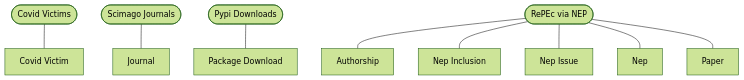
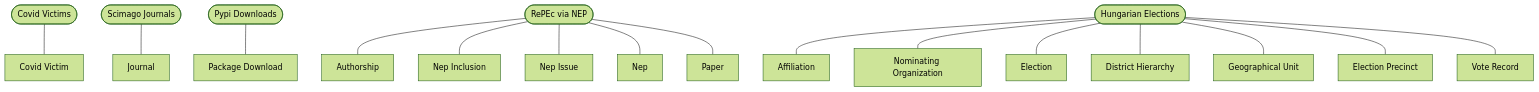
One commit to sscu-budapest/explorer changed the diagram in _sources/mermaid.md. Above: the diagram before and after it, drawn with Mermaid (forest theme). The commit also changed 44 other files, not shown here.

````diff
--- a/_sources/mermaid.md
+++ b/_sources/mermaid.md
@@ -1,29 +1,50 @@
 ```{mermaid}
 
     flowchart TD
         
         covid_victims([Covid Victims]) --- covid_victims_covid_victim[Covid Victim]
         click covid_victims_covid_victim href "https://s3.eu-de.cloud-object-storage.appdomain.cloud/sscub-public-explorer/covid_victims/covid_victim-profile.html" "Profile"
         
         scimago_journals([Scimago Journals]) --- scimago_journals_journal[Journal]
         click scimago_journals_journal href "https://s3.eu-de.cloud-object-storage.appdomain.cloud/sscub-public-explorer/scimago_journals/journal-profile.html" "Profile"
         
         pypi_downloads([Pypi Downloads]) --- pypi_downloads_package_download[Package Download]
         click pypi_downloads_package_download href "https://s3.eu-de.cloud-object-storage.appdomain.cloud/sscub-public-explorer/pypi_downloads/package_download-profile.html" "Profile"
         
         repec_via_nep([RePEc via NEP]) --- repec_via_nep_authorship[Authorship]
         click repec_via_nep_authorship href "https://s3.eu-de.cloud-object-storage.appdomain.cloud/sscub-public-explorer/repec_via_nep/authorship-profile.html" "Profile"
         
         repec_via_nep([RePEc via NEP]) --- repec_via_nep_nep_inclusion[Nep Inclusion]
         click repec_via_nep_nep_inclusion href "https://s3.eu-de.cloud-object-storage.appdomain.cloud/sscub-public-explorer/repec_via_nep/nep_inclusion-profile.html" "Profile"
         
         repec_via_nep([RePEc via NEP]) --- repec_via_nep_nep_issue[Nep Issue]
         click repec_via_nep_nep_issue href "https://s3.eu-de.cloud-object-storage.appdomain.cloud/sscub-public-explorer/repec_via_nep/nep_issue-profile.html" "Profile"
         
         repec_via_nep([RePEc via NEP]) --- repec_via_nep_nep[Nep]
         click repec_via_nep_nep href "https://s3.eu-de.cloud-object-storage.appdomain.cloud/sscub-public-explorer/repec_via_nep/nep-profile.html" "Profile"
         
         repec_via_nep([RePEc via NEP]) --- repec_via_nep_paper[Paper]
         click repec_via_nep_paper href "https://s3.eu-de.cloud-object-storage.appdomain.cloud/sscub-public-explorer/repec_via_nep/paper-profile.html" "Profile"
         
+        hungarian_elections([Hungarian Elections]) --- hungarian_elections_affiliation[Affiliation]
+        click hungarian_elections_affiliation href "https://s3.eu-de.cloud-object-storage.appdomain.cloud/sscub-public-explorer/hungarian_elections/affiliation-profile.html" "Profile"
+        
+        hungarian_elections([Hungarian Elections]) --- hungarian_elections_nominating_organization[Nominating Organization]
+        click hungarian_elections_nominating_organization href "https://s3.eu-de.cloud-object-storage.appdomain.cloud/sscub-public-explorer/hungarian_elections/nominating_organization-profile.html" "Profile"
+        
+        hungarian_elections([Hungarian Elections]) --- hungarian_elections_election[Election]
+        click hungarian_elections_election href "https://s3.eu-de.cloud-object-storage.appdomain.cloud/sscub-public-explorer/hungarian_elections/election-profile.html" "Profile"
+        
+        hungarian_elections([Hungarian Elections]) --- hungarian_elections_district_hierarchy[District Hierarchy]
+        click hungarian_elections_district_hierarchy href "https://s3.eu-de.cloud-object-storage.appdomain.cloud/sscub-public-explorer/hungarian_elections/district_hierarchy-profile.html" "Profile"
+        
+        hungarian_elections([Hungarian Elections]) --- hungarian_elections_geographical_unit[Geographical Unit]
+        click hungarian_elections_geographical_unit href "https://s3.eu-de.cloud-object-storage.appdomain.cloud/sscub-public-explorer/hungarian_elections/geographical_unit-profile.html" "Profile"
+        
+        hungarian_elections([Hungarian Elections]) --- hungarian_elections_election_precinct[Election Precinct]
+        click hungarian_elections_election_precinct href "https://s3.eu-de.cloud-object-storage.appdomain.cloud/sscub-public-explorer/hungarian_elections/election_precinct-profile.html" "Profile"
+        
+        hungarian_elections([Hungarian Elections]) --- hungarian_elections_vote_record[Vote Record]
+        click hungarian_elections_vote_record href "https://s3.eu-de.cloud-object-storage.appdomain.cloud/sscub-public-explorer/hungarian_elections/vote_record-profile.html" "Profile"
+        
 ```
````
